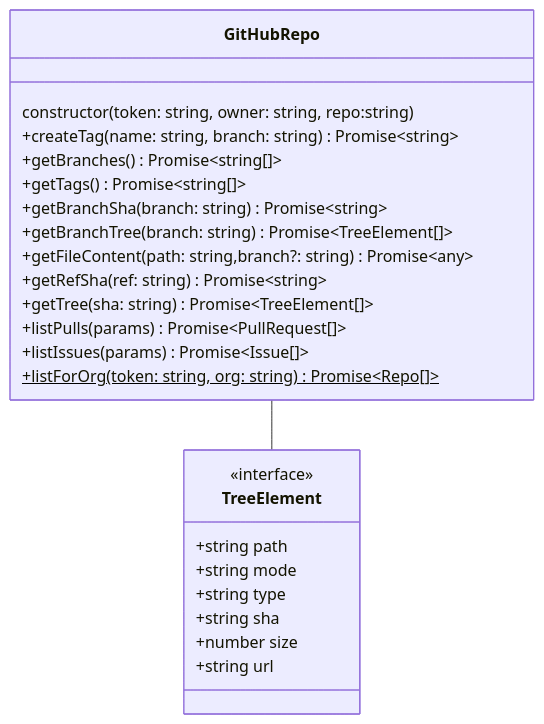
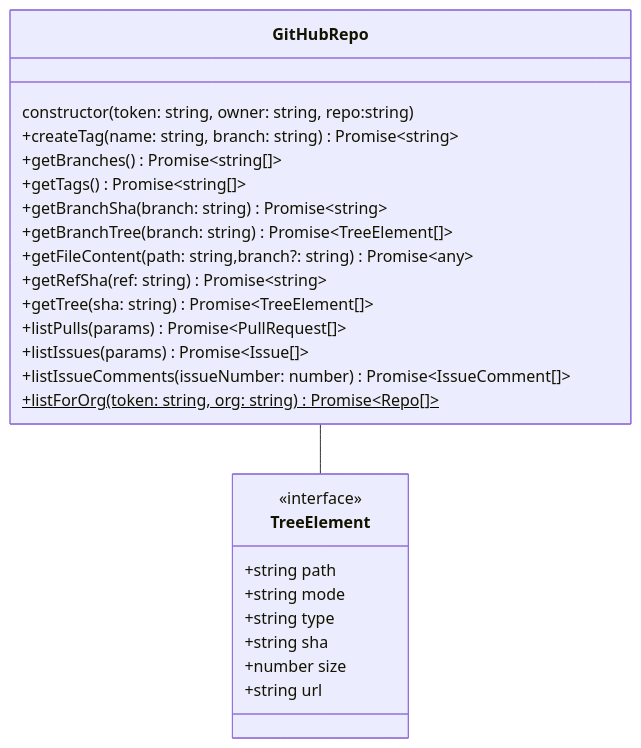
One commit to tomsdoo/github-repo changed the diagram in docs/md/GitHubRepo.md. Above: the diagram before and after it, drawn with Mermaid. The commit also changed other lines of this file and 7 other files, not shown here.

Commit message:
listIssueComments (#32)

````diff
--- a/docs/md/GitHubRepo.md
+++ b/docs/md/GitHubRepo.md
@@ -21,30 +22,31 @@
 ``` mermaid
 classDiagram
 
 class GitHubRepo {
   constructor(token: string, owner: string, repo:string)
   +createTag(name: string, branch: string) Promise~string~
   +getBranches() Promise~string[]~
   +getTags() Promise~string[]~
   +getBranchSha(branch: string) Promise~string~
   +getBranchTree(branch: string) Promise~TreeElement[]~
   +getFileContent(path: string,branch?: string) Promise~any~
   +getRefSha(ref: string) Promise~string~
   +getTree(sha: string) Promise~TreeElement[]~
   +listPulls(params) Promise~PullRequest[]~
   +listIssues(params) Promise~Issue[]~
+  +listIssueComments(issueNumber: number) Promise~IssueComment[]~
   +listForOrg(token: string, org: string) Promise~Repo[]~$
 }
 
 class TreeElement {
   <<interface>>
   +string path
   +string mode
   +string type
   +string sha
   +number size
   +string url
 }
 
 GitHubRepo -- TreeElement
 ```
````
